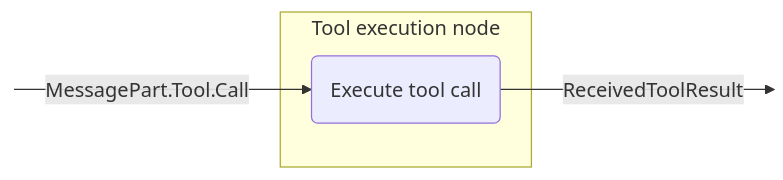
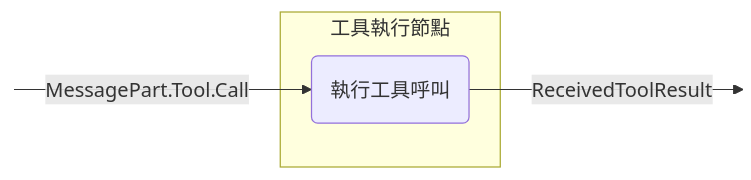
Before and after one commit to BinaryTape/Open-Docs: diagram 11 of 15 in docs/zh-Hant/koog/nodes-and-components.md, drawn with Mermaid. The commit also changed other lines of this file and 457 other files, not shown here.

````diff
--- a/docs/zh-Hant/koog/nodes-and-components.md
+++ b/docs/zh-Hant/koog/nodes-and-components.md
@@ -575,13 +566,13 @@
 ```mermaid
 graph LR
     in:::hidden
     out:::hidden
     
-    subgraph node ["Tool execution node"]
-        execute(Execute tool call)
+    subgraph node ["工具執行節點"]
+        execute(執行工具呼叫)
     end
     
     in --MessagePart.Tool.Call--> execute --ReceivedToolResult--> out
 
     classDef hidden display: none;
 ```
````
